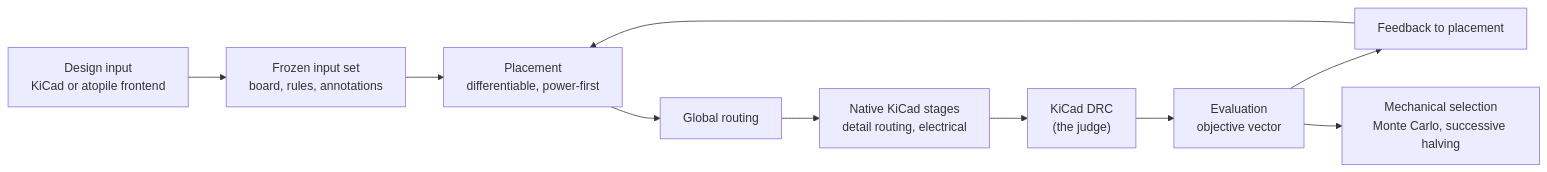
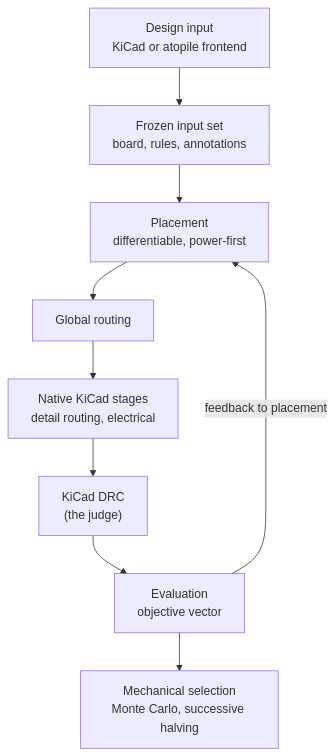
One commit to Studio-Fug/yapnr changed the diagram in docs/architecture.md. Above: the diagram before and after it, drawn with Mermaid. The commit also changed 3 other files, not shown here.

First line of the commit message:
Docs: legible pipeline diagram and a dark-mode README logo

````diff
--- a/docs/architecture.md
+++ b/docs/architecture.md
@@ -9,12 +9,12 @@
 ```mermaid
-flowchart LR
-    design["Design input<br/>KiCad or atopile frontend"] --> inputs["Frozen input set<br/>board, rules, annotations"]
+flowchart TB
+    design["Design input<br/>KiCad or atopile frontend"]
+    design --> inputs["Frozen input set<br/>board, rules, annotations"]
     inputs --> place["Placement<br/>differentiable, power-first"]
     place --> route["Global routing"]
     route --> native["Native KiCad stages<br/>detail routing, electrical"]
     native --> drc["KiCad DRC<br/>(the judge)"]
     drc --> evaluation["Evaluation<br/>objective vector"]
-    evaluation --> feedback["Feedback to placement"]
-    feedback --> place
+    evaluation -- "feedback to placement" --> place
     evaluation --> select["Mechanical selection<br/>Monte Carlo, successive halving"]
 ```
````
